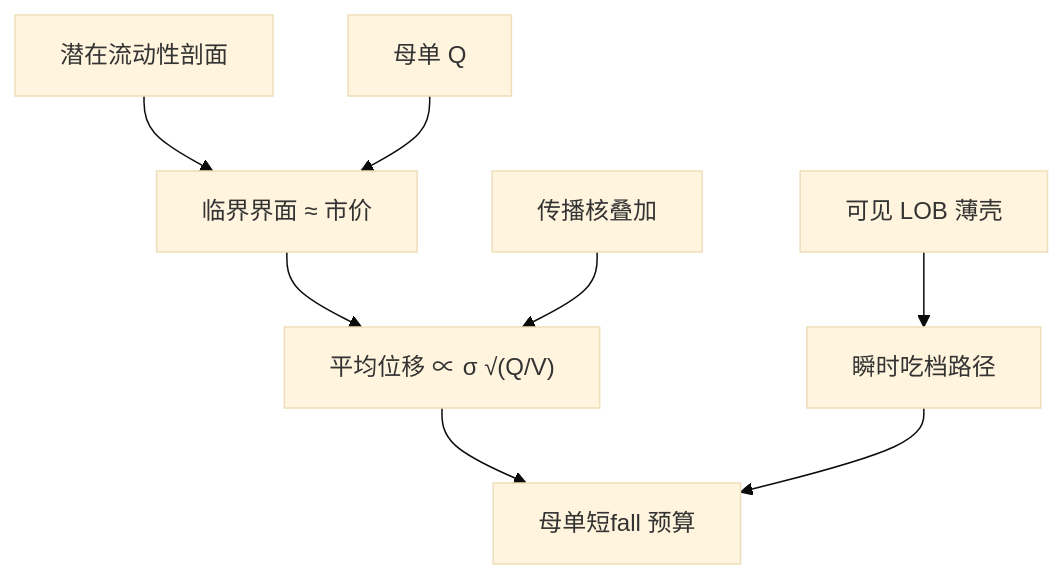
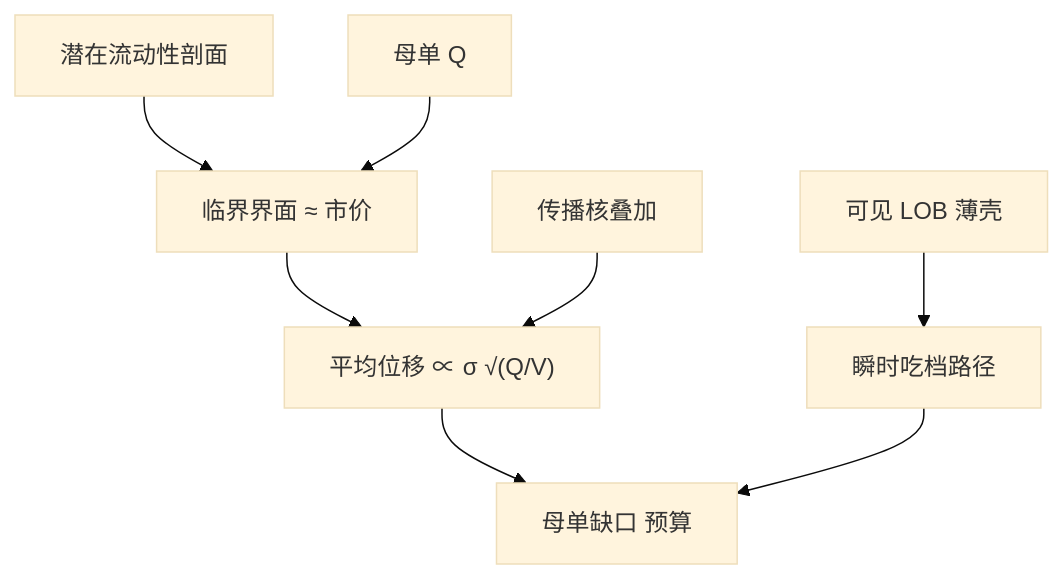
Before and after one commit to xhongduo-tech/xhongduo-tech.github.io: the diagram in docs/quant/square-root-impact-law.md, drawn with Mermaid (base theme). The commit also changed other lines of this file and 2401 other files, not shown here.

````diff
--- a/docs/quant/square-root-impact-law.md
+++ b/docs/quant/square-root-impact-law.md
@@ -67,10 +67,10 @@
 ```mermaid
 flowchart TD
   Latent["潜在流动性剖面"] --> Interface["临界界面 ≈ 市价"]
   Meta["母单 Q"] --> Interface
   Interface --> Sqrt["平均位移 ∝ σ √(Q/V)"]
   Vis["可见 LOB 薄壳"] --> Inst["瞬时吃档路径"]
   G["传播核叠加"] --> Sqrt
-  Sqrt --> Budget["母单短fall 预算"]
+  Sqrt --> Budget["母单缺口 预算"]
   Inst --> Budget
 ```
````
